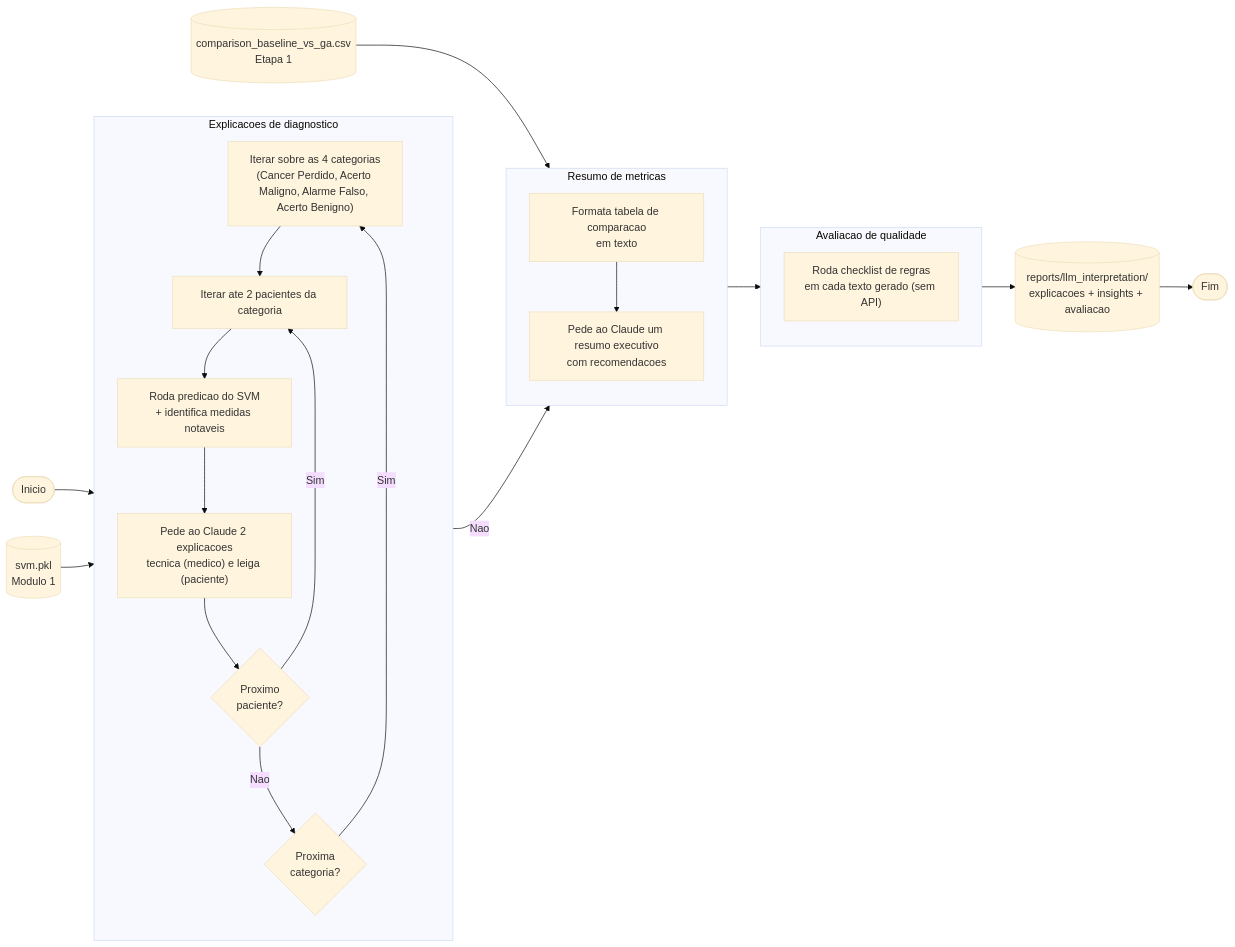
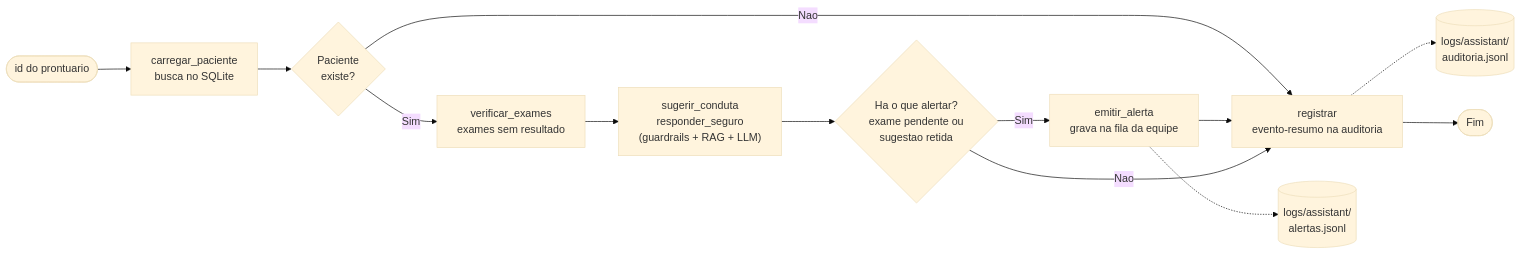
Before and after one commit to dideusmatheus/Fase-3---Tech-challenge: the fourth of 5 diagrams in README.md, drawn with Mermaid (base theme). The commit also changed other lines of this file, not shown here.

First line of the commit message:
Fase 3: README com as etapas 2 e 3, fluxo LangGraph e novos diagramas

````diff
--- a/README.md
+++ b/README.md
@@ -441,43 +312,25 @@
 ```mermaid
 flowchart LR
-    START([Inicio])
+    START([id do prontuario])
 
-    SVM_F[("svm.pkl<br/>Modulo 1")]
-    CSV_F[("comparison_baseline_vs_ga.csv<br/>Etapa 1")]
+    N1["carregar_paciente<br/>busca no SQLite"]
+    D1{"Paciente<br/>existe?"}
+    N2["verificar_exames<br/>exames sem resultado"]
+    N3["sugerir_conduta<br/>responder_seguro<br/>(guardrails + RAG + LLM)"]
+    D2{"Ha o que alertar?<br/>exame pendente ou<br/>sugestao retida"}
+    N4["emitir_alerta<br/>grava na fila da equipe"]
+    N5["registrar<br/>evento-resumo na auditoria"]
 
-    subgraph DIAG ["Explicacoes de diagnostico"]
-        direction TB
-        D_NEXT["Iterar sobre as 4 categorias<br/>(Cancer Perdido, Acerto Maligno, Alarme Falso, Acerto Benigno)"]
-        D_PATIENT["Iterar ate 2 pacientes da categoria"]
-        D_PREDICT["Roda predicao do SVM<br/>+ identifica medidas notaveis"]
-        D_ASK["Pede ao Claude 2 explicacoes<br/>tecnica (medico) e leiga (paciente)"]
-        D_LOOP_P{"Proximo<br/>paciente?"}
-        D_LOOP_C{"Proxima<br/>categoria?"}
-        D_NEXT --> D_PATIENT --> D_PREDICT --> D_ASK --> D_LOOP_P
-        D_LOOP_P -- Sim --> D_PATIENT
-        D_LOOP_P -- Nao --> D_LOOP_C
-        D_LOOP_C -- Sim --> D_NEXT
-    end
-
-    subgraph METRICS ["Resumo de metricas"]
-        direction TB
-        M_FORMAT["Formata tabela de comparacao<br/>em texto"]
-        M_ASK["Pede ao Claude um resumo executivo<br/>com recomendacoes"]
-        M_FORMAT --> M_ASK
-    end
-
-    subgraph QUALITY ["Avaliacao de qualidade"]
-        direction TB
-        Q_CHECK["Roda checklist de regras<br/>em cada texto gerado (sem API)"]
-    end
-
-    OUTPUT_F[("reports/llm_interpretation/<br/>explicacoes + insights + avaliacao")]
+    ALERT[("logs/assistant/<br/>alertas.jsonl")]
+    AUD[("logs/assistant/<br/>auditoria.jsonl")]
     END([Fim])
 
-    START --> D_NEXT
-    SVM_F --> D_PREDICT
-    D_LOOP_C -- Nao --> M_FORMAT
-    CSV_F --> M_FORMAT
-    M_ASK --> Q_CHECK
-    Q_CHECK --> OUTPUT_F --> END
+    START --> N1 --> D1
+    D1 -- Sim --> N2 --> N3 --> D2
+    D1 -- Nao --> N5
+    D2 -- Sim --> N4 --> N5
+    D2 -- Nao --> N5
+    N4 -.-> ALERT
+    N5 -.-> AUD
+    N5 --> END
 ```
````
